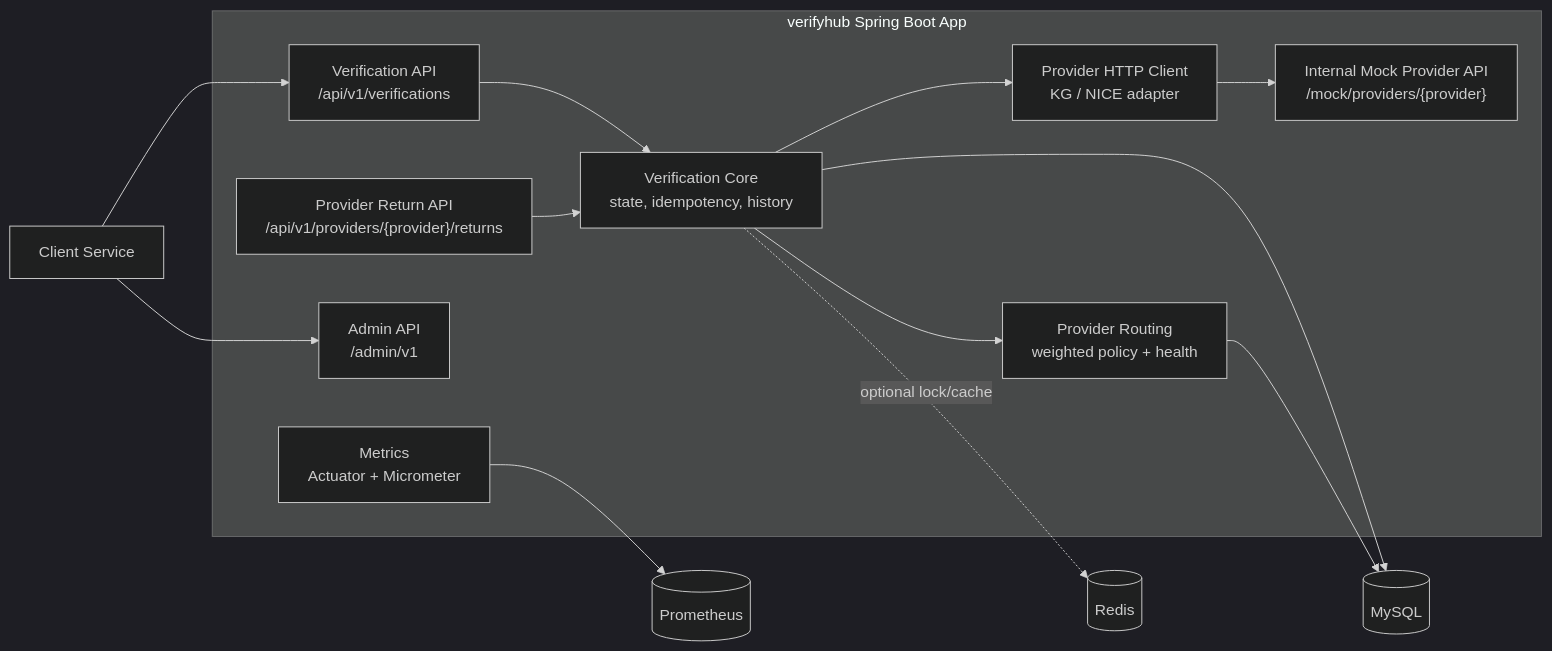
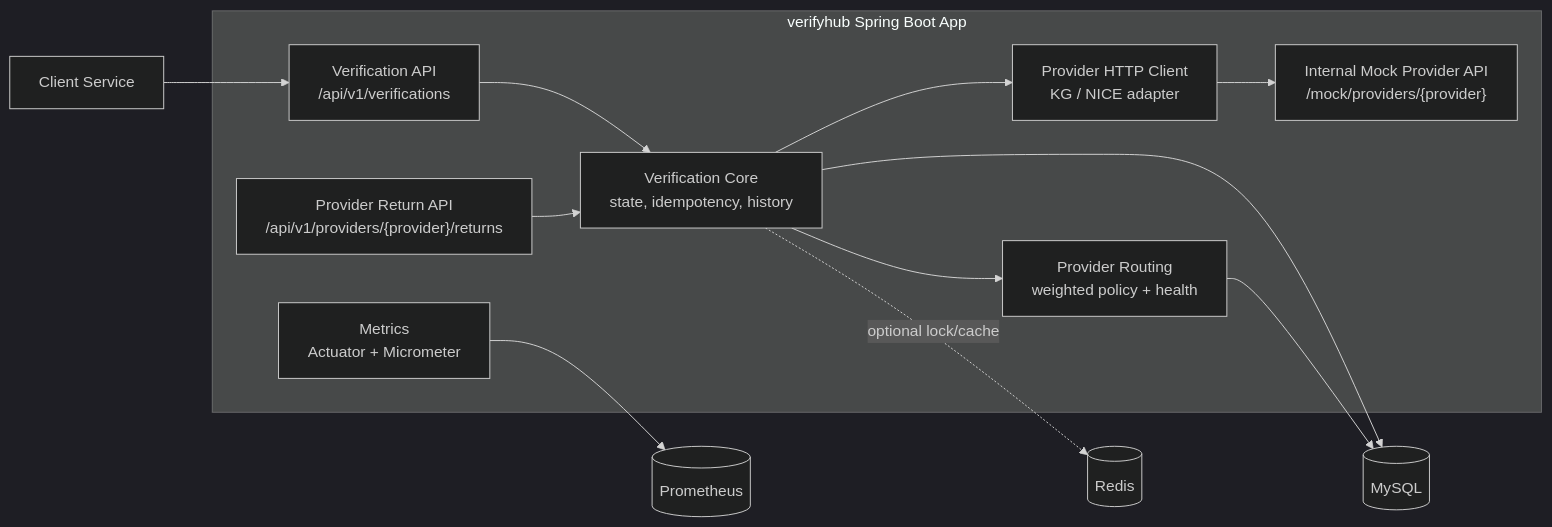
Before and after one commit to nowgnas/verifyhub: the first of 8 diagrams in docs/ARCHITECTURE_MERMAID.md, drawn with Mermaid (dark theme). The commit also changed 5 other files, not shown here.

Commit message:
docs: remove admin api scope

````diff
--- a/docs/ARCHITECTURE_MERMAID.md
+++ b/docs/ARCHITECTURE_MERMAID.md
@@ -9,33 +9,31 @@
 ```mermaid
 flowchart LR
     Client[Client Service]
 
     subgraph Verifyhub["verifyhub Spring Boot App"]
         VerificationApi["Verification API\n/api/v1/verifications"]
         ReturnApi["Provider Return API\n/api/v1/providers/{provider}/returns"]
-        AdminApi["Admin API\n/admin/v1"]
         MockProviderApi["Internal Mock Provider API\n/mock/providers/{provider}"]
 
         VerificationCore["Verification Core\nstate, idempotency, history"]
         RoutingCore["Provider Routing\nweighted policy + health"]
         ProviderClient["Provider HTTP Client\nKG / NICE adapter"]
         Metrics["Metrics\nActuator + Micrometer"]
     end
 
     MySQL[(MySQL)]
     Redis[(Redis)]
     Prometheus[(Prometheus)]
 
     Client --> VerificationApi
-    Client --> AdminApi
     VerificationApi --> VerificationCore
     ReturnApi --> VerificationCore
     VerificationCore --> RoutingCore
     VerificationCore --> ProviderClient
     ProviderClient --> MockProviderApi
 
     VerificationCore --> MySQL
     RoutingCore --> MySQL
     VerificationCore -. optional lock/cache .-> Redis
     Metrics --> Prometheus
 ```
````
